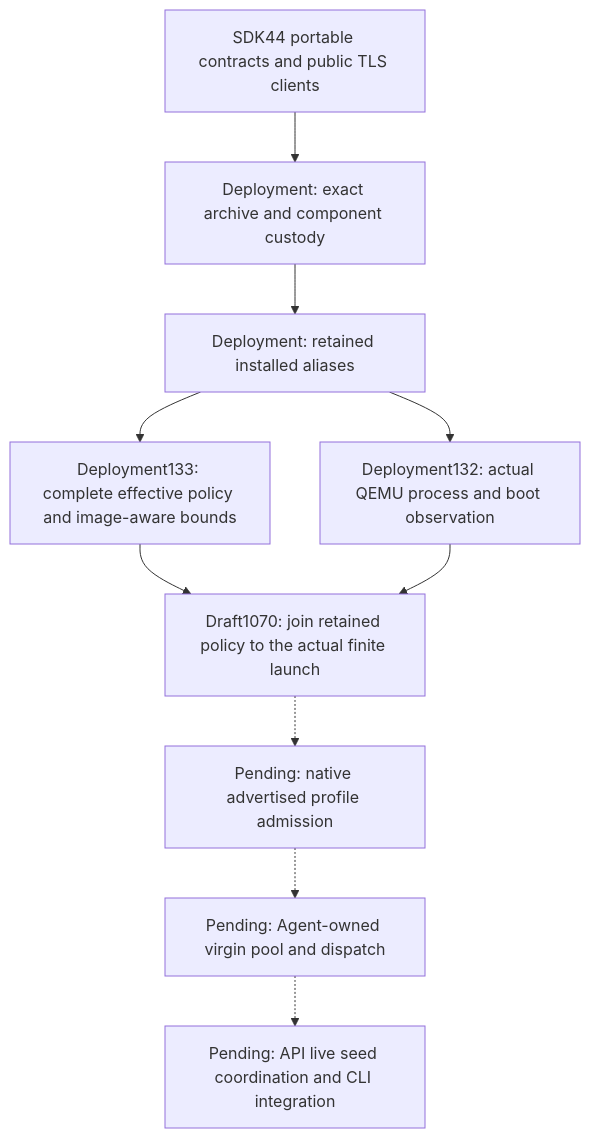
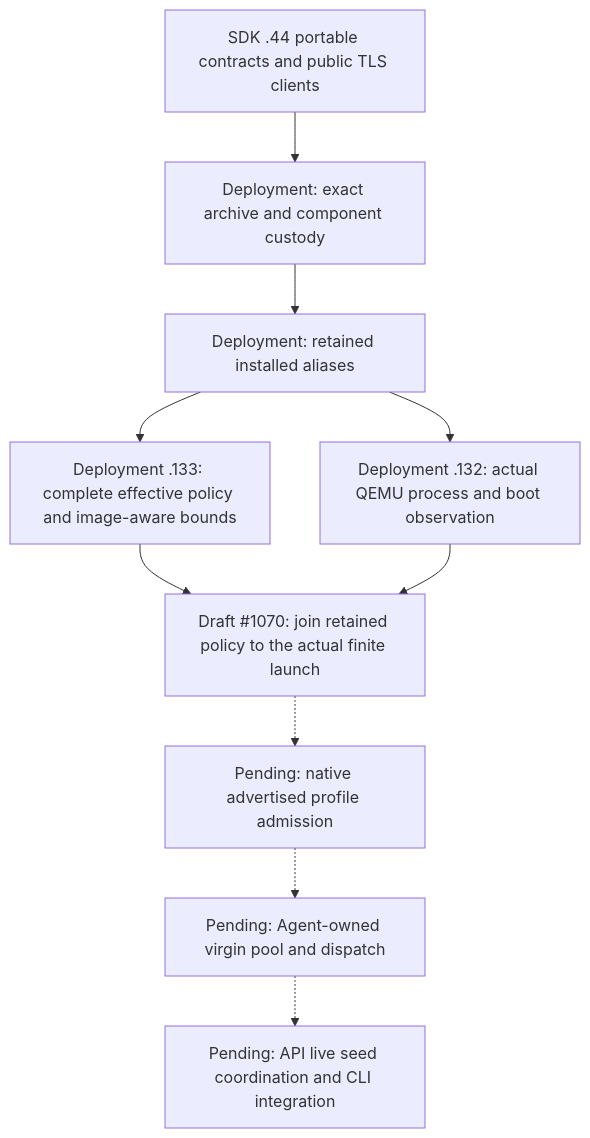
The diagram in docs/runtime-custody-evidence.md (treeseed-ai/platform), drawn with Mermaid before and after one commit. The commit also changed other lines of this file, not shown here.

````diff
--- a/docs/runtime-custody-evidence.md
+++ b/docs/runtime-custody-evidence.md
@@ -10,17 +10,17 @@
 ```mermaid
 flowchart TB
-  SDK[SDK44 portable contracts and public TLS clients]
+  SDK[SDK .44 portable contracts and public TLS clients]
   Archive[Deployment: exact archive and component custody]
   Alias[Deployment: retained installed aliases]
-  Policy[Deployment133: complete effective policy and image-aware bounds]
-  Boot[Deployment132: actual QEMU process and boot observation]
-  Join[Draft1070: join retained policy to the actual finite launch]
+  Policy[Deployment .133: complete effective policy and image-aware bounds]
+  Boot[Deployment .132: actual QEMU process and boot observation]
+  Join[Draft #1070: join retained policy to the actual finite launch]
   Profile[Pending: native advertised profile admission]
   Pool[Pending: Agent-owned virgin pool and dispatch]
   Seed[Pending: API live seed coordination and CLI integration]
   SDK --> Archive --> Alias --> Policy
   Alias --> Boot
   Policy --> Join
   Boot --> Join
   Join -.-> Profile -.-> Pool -.-> Seed
 ```
````
